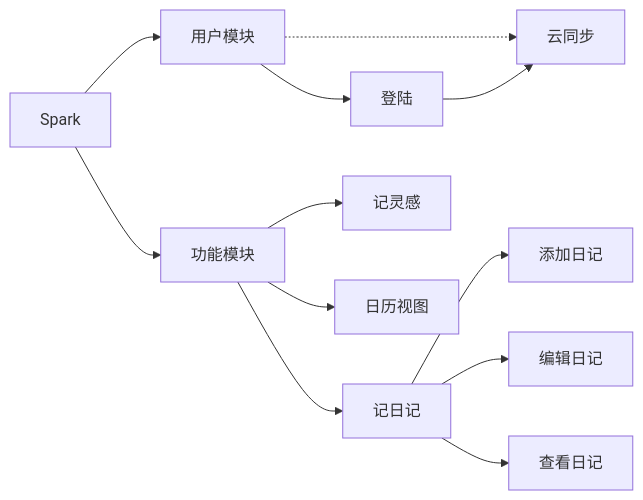
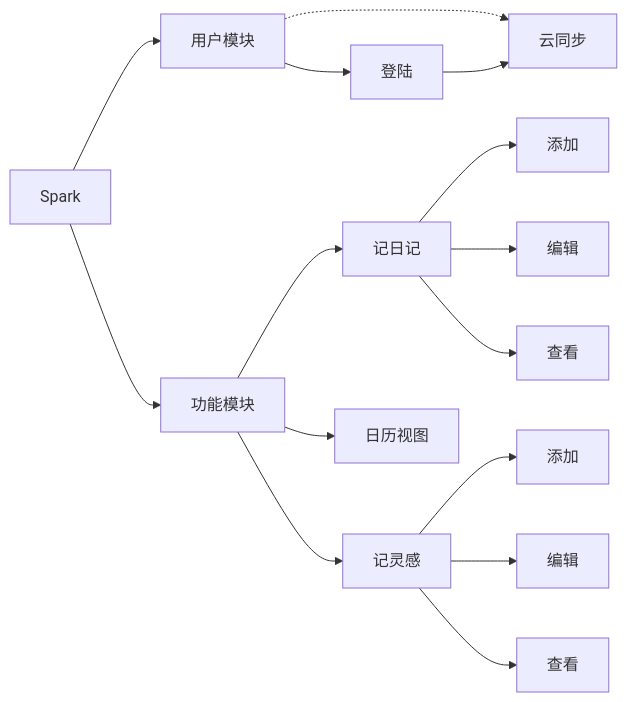
One commit to stargal/Spark changed the diagram in README.md. Above: the diagram before and after it, drawn with Mermaid.

````diff
--- a/README.md
+++ b/README.md
@@ -17,19 +17,21 @@
 ```mermaid
 flowchart LR
 Spark --> user[用户模块]
 user --> signin[登陆]
 user -.-> cloud[云同步]
 signin --> cloud
 
 Spark --> application[功能模块]
 application --> diary[记日记]
-diary --> addDiary[添加日记]
-diary --> reviewDiary[编辑日记]
-diary --> showDiary[查看日记]
+diary --> addDiary[添加]
+diary --> modifyDiary[编辑]
+diary --> showDiary[查看]
 
 application --> sparks[记灵感]
+sparks --> addSparks[添加]
+sparks --> modifySparks[编辑]
+sparks --> showSparks[查看]
 
 application --> calendarView[日历视图]
 
-
 ```
````
